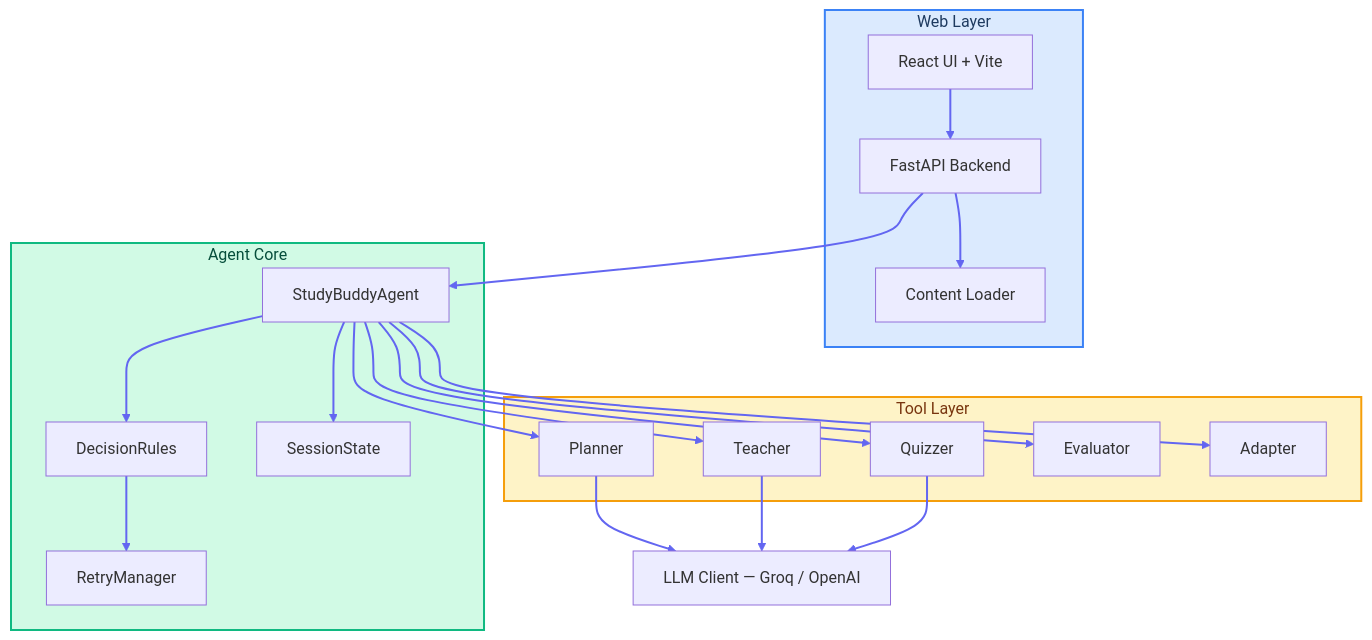
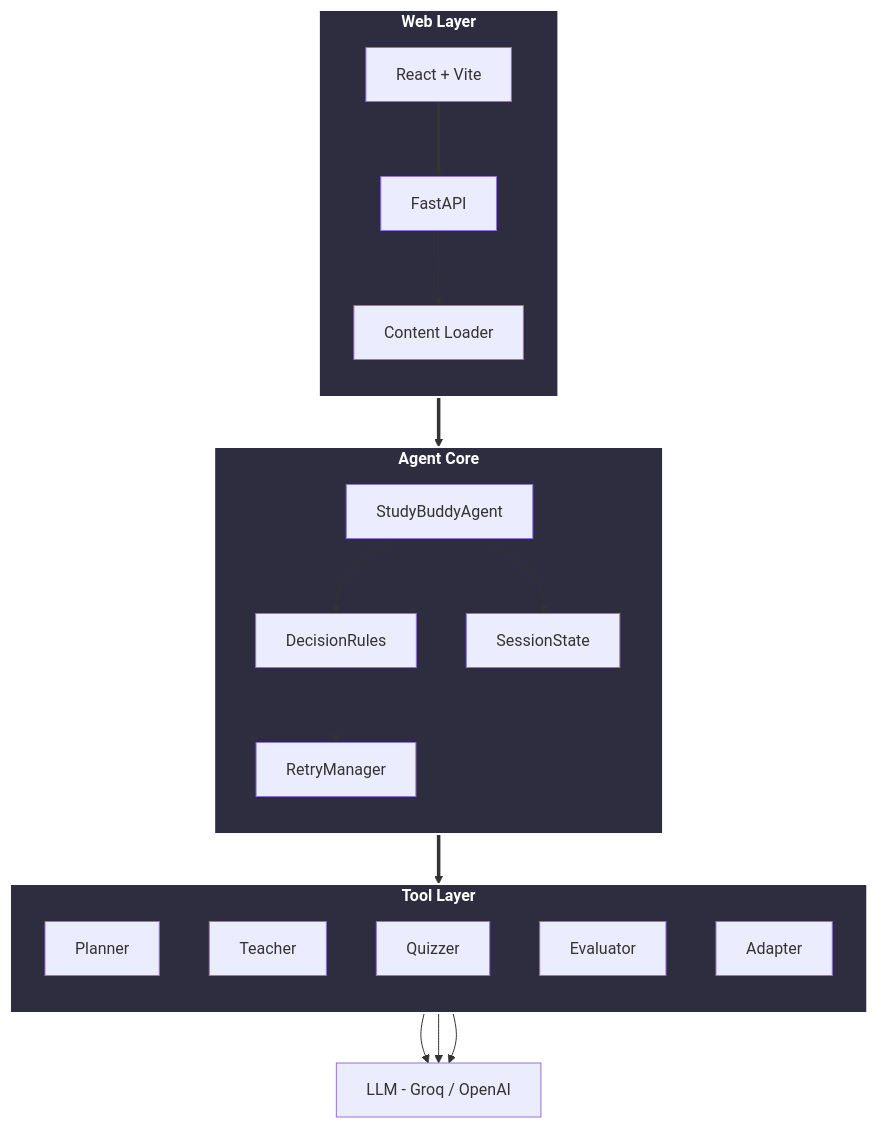
One commit to ebinzacharias/ez-agentic-study-buddy changed the diagram in README.md. Above: the diagram before and after it, drawn with Mermaid. The commit also changed other lines of this file and 2 other files, not shown here.

````diff
--- a/README.md
+++ b/README.md
@@ -105,46 +43,43 @@
 ```mermaid
 flowchart TD
-    style WebLayer fill:#DBEAFE,stroke:#3B82F6,stroke-width:2px,color:#1E3A5F
-    style AgentCore fill:#D1FAE5,stroke:#10B981,stroke-width:2px,color:#064E3B
-    style ToolLayer fill:#FEF3C7,stroke:#F59E0B,stroke-width:2px,color:#78350F
+    classDef layer fill:#2D2D3F,stroke:#FFFFFF,stroke-width:2px,color:#FFFFFF,font-weight:bold
 
-    linkStyle default stroke:#6366F1,stroke-width:2px
-
-    subgraph WebLayer[Web Layer]
-        UI[React UI + Vite]
-        API[FastAPI Backend]
+    subgraph Web[Web Layer]
+        direction TB
+        UI[React + Vite]
+        API[FastAPI]
         CL[Content Loader]
     end
 
-    subgraph AgentCore[Agent Core]
+    subgraph Agent[Agent Core]
+        direction TB
         SA[StudyBuddyAgent]
         DR[DecisionRules]
         SM[SessionState]
         RM[RetryManager]
     end
 
-    subgraph ToolLayer[Tool Layer]
+    subgraph Tools[Tool Layer]
+        direction TB
         PT[Planner]
         TT[Teacher]
         QT[Quizzer]
         ET[Evaluator]
         AT[Adapter]
     end
 
-    LLM[LLM Client — Groq / OpenAI]
+    LLM[LLM - Groq / OpenAI]
 
-    UI --> API
+    UI ==> API
     API --> CL
-    API --> SA
+    API ==> SA
     SA --> DR
     SA --> SM
-    DR --> RM
-    SA --> PT
-    SA --> TT
-    SA --> QT
-    SA --> ET
-    SA --> AT
+    DR -.-> RM
+    SA ==> Tools
     PT --> LLM
     TT --> LLM
     QT --> LLM
+
+    class Web,Agent,Tools layer
 ```
````
